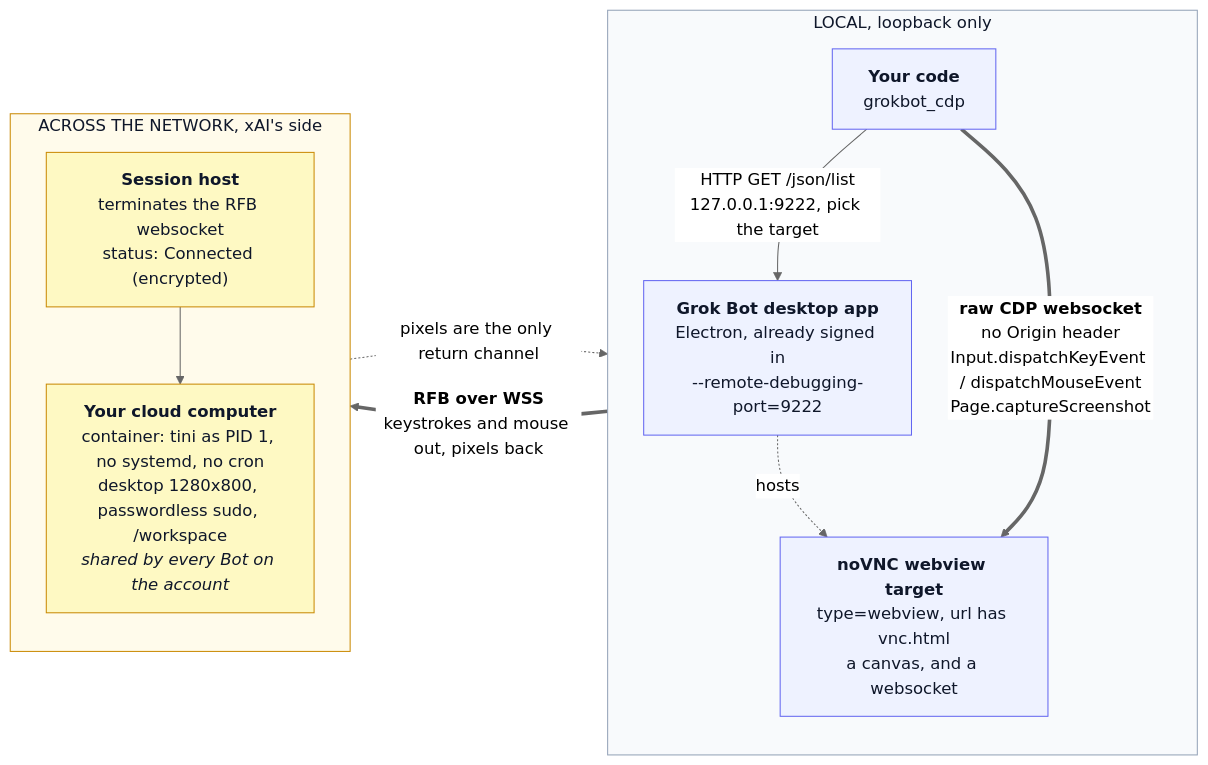
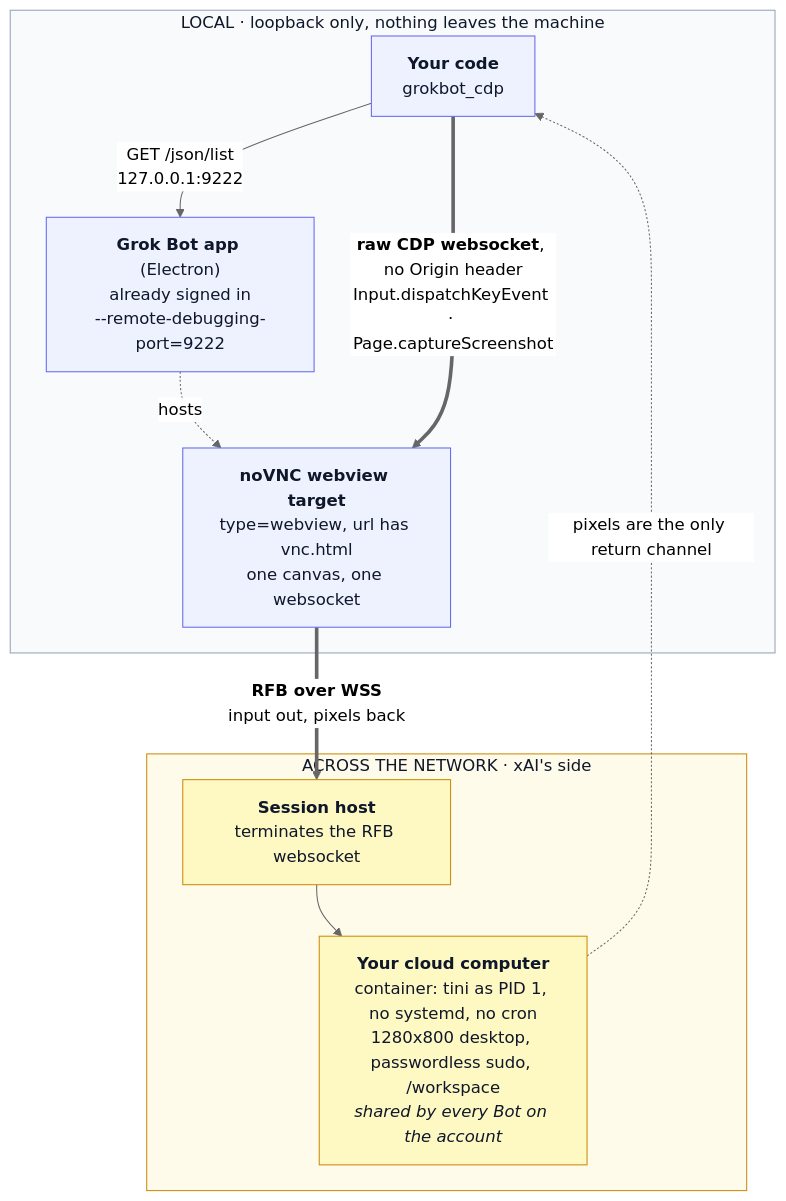
One commit to DaizeDong/grokbot-cdp changed the diagram in README.md. Above: the diagram before and after it, drawn with Mermaid (neutral theme).

Commit message:
Lay the diagram out top to bottom, so GitHub can fit it
Rendered on the repo page, the left-to-right version came out 1941x456 and
GitHub showed it at native size inside a frame about 584 wide: the reader saw
a cropped middle and a pan control. Top to bottom is 758x1090, which fits the
frame's width, and the edge labels that were making it wide moved into the
paragraph underneath where they read better anyway.

Claude-Session: https://claude.ai/code/session_017JqRDyQZa1TrAwxqf1t4uY

````diff
--- a/README.md
+++ b/README.md
@@ -46,28 +46,26 @@
 ```mermaid
-flowchart LR
-  subgraph L["LOCAL, loopback only"]
-    direction TB
+flowchart TB
+  subgraph L["LOCAL &middot; loopback only, nothing leaves the machine"]
     code["<b>Your code</b><br/>grokbot_cdp"]
-    app["<b>Grok Bot desktop app</b><br/>Electron, already signed in<br/>--remote-debugging-port=9222"]
-    wv["<b>noVNC webview target</b><br/>type=webview, url has vnc.html<br/>a canvas, and a websocket"]
+    app["<b>Grok Bot app</b> (Electron)<br/>already signed in<br/>--remote-debugging-port=9222"]
+    wv["<b>noVNC webview target</b><br/>type=webview, url has vnc.html<br/>one canvas, one websocket"]
   end
-  subgraph R["ACROSS THE NETWORK, xAI's side"]
-    direction TB
-    host["<b>Session host</b><br/>terminates the RFB websocket<br/>status: Connected (encrypted)"]
-    box["<b>Your cloud computer</b><br/>container: tini as PID 1, no systemd, no cron<br/>desktop 1280x800, passwordless sudo, /workspace<br/><i>shared by every Bot on the account</i>"]
+  subgraph R["ACROSS THE NETWORK &middot; xAI's side"]
+    host["<b>Session host</b><br/>terminates the RFB websocket"]
+    box["<b>Your cloud computer</b><br/>container: tini as PID 1, no systemd, no cron<br/>1280x800 desktop, passwordless sudo, /workspace<br/><i>shared by every Bot on the account</i>"]
   end
 
-  code -->|"HTTP GET /json/list<br/>127.0.0.1:9222, pick the target"| app
+  code -->|"GET /json/list<br/>127.0.0.1:9222"| app
   app -.->|"hosts"| wv
-  code ==>|"<b>raw CDP websocket</b><br/>no Origin header<br/>Input.dispatchKeyEvent / dispatchMouseEvent<br/>Page.captureScreenshot"| wv
-  wv ==>|"<b>RFB over WSS</b><br/>keystrokes and mouse out, pixels back"| host
+  code ==>|"<b>raw CDP websocket</b>, no Origin header<br/>Input.dispatchKeyEvent &middot; Page.captureScreenshot"| wv
+  wv ==>|"<b>RFB over WSS</b><br/>input out, pixels back"| host
   host --> box
   box -.->|"pixels are the only return channel"| code
 
   classDef local fill:#eef2ff,stroke:#6366f1,color:#0f172a;
   classDef net fill:#fef9c3,stroke:#ca8a04,color:#0f172a;
   class code,app,wv local;
   class host,box net;
   style L fill:#f8fafc,stroke:#94a3b8,color:#0f172a
   style R fill:#fffbeb,stroke:#ca8a04,color:#0f172a
 ```
````
